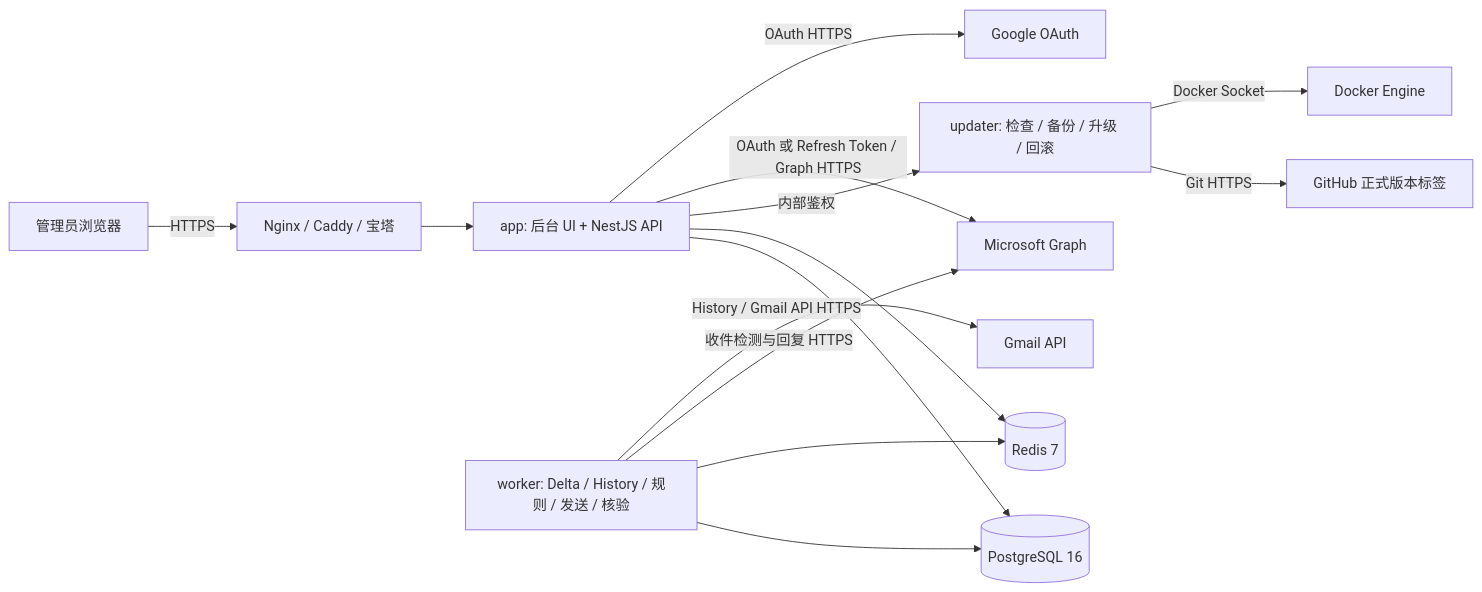
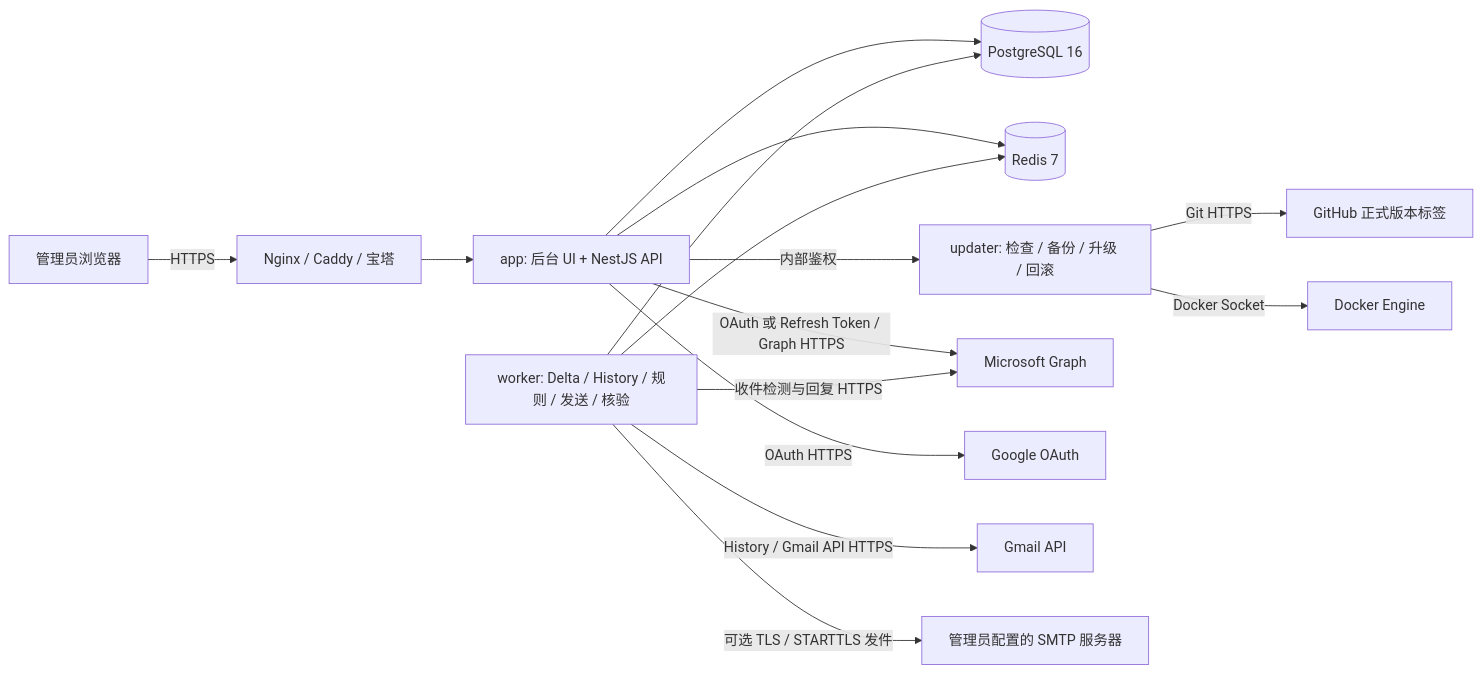
The diagram in README.md (a06342637/Email-reply), drawn with Mermaid before and after one commit. The commit also changed other lines of this file and 61 other files, not shown here.

````diff
--- a/README.md
+++ b/README.md
@@ -87,16 +89,17 @@
 ```mermaid
 flowchart LR
     U[管理员浏览器] -->|HTTPS| P[Nginx / Caddy / 宝塔]
     P --> A[app: 后台 UI + NestJS API]
     A --> PG[(PostgreSQL 16)]
     A --> R[(Redis 7)]
     A -->|内部鉴权| UPG[updater: 检查 / 备份 / 升级 / 回滚]
     UPG -->|Git HTTPS| GH[GitHub 正式版本标签]
     UPG -->|Docker Socket| D[Docker Engine]
     W[worker: Delta / History / 规则 / 发送 / 核验] --> PG
     W --> R
     A -->|OAuth 或 Refresh Token / Graph HTTPS| M[Microsoft Graph]
     W -->|收件检测与回复 HTTPS| M
     A -->|OAuth HTTPS| G[Google OAuth]
     W -->|History / Gmail API HTTPS| GA[Gmail API]
+    W -->|可选 TLS / STARTTLS 发件| S[管理员配置的 SMTP 服务器]
 ```
````
